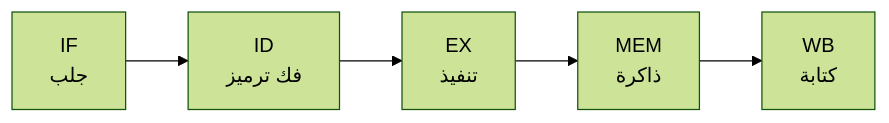
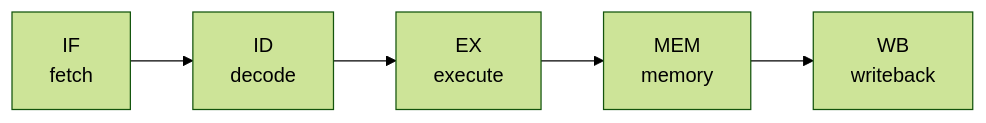
One commit to Kmila9s/Kmila changed the diagram in Kmila.Shared/wwwroot/Learn/ar/cpu/01-cpu-overview.md. Above: the diagram before and after it, drawn with Mermaid (forest theme). The commit also changed other lines of this file and 207 other files, not shown here.

````diff
--- a/Kmila.Shared/wwwroot/Learn/ar/cpu/01-cpu-overview.md
+++ b/Kmila.Shared/wwwroot/Learn/ar/cpu/01-cpu-overview.md
@@ -5,4 +5,4 @@
 ```mermaid
 flowchart LR
-    IF["IF<br/>جلب"] --> ID["ID<br/>فك ترميز"] --> EX["EX<br/>تنفيذ"] --> MEM["MEM<br/>ذاكرة"] --> WB["WB<br/>كتابة"]
+    IF["IF<br/>fetch"] --> ID["ID<br/>decode"] --> EX["EX<br/>execute"] --> MEM["MEM<br/>memory"] --> WB["WB<br/>writeback"]
 ```
````
